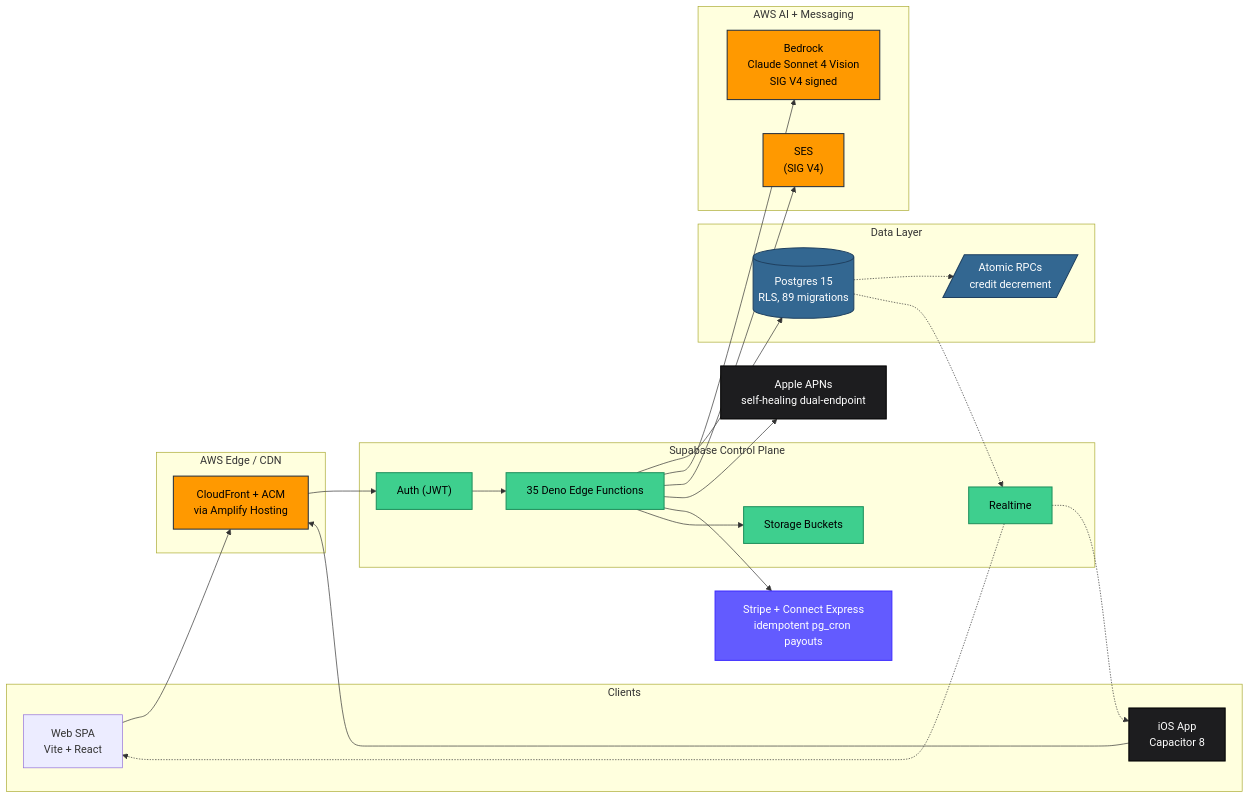
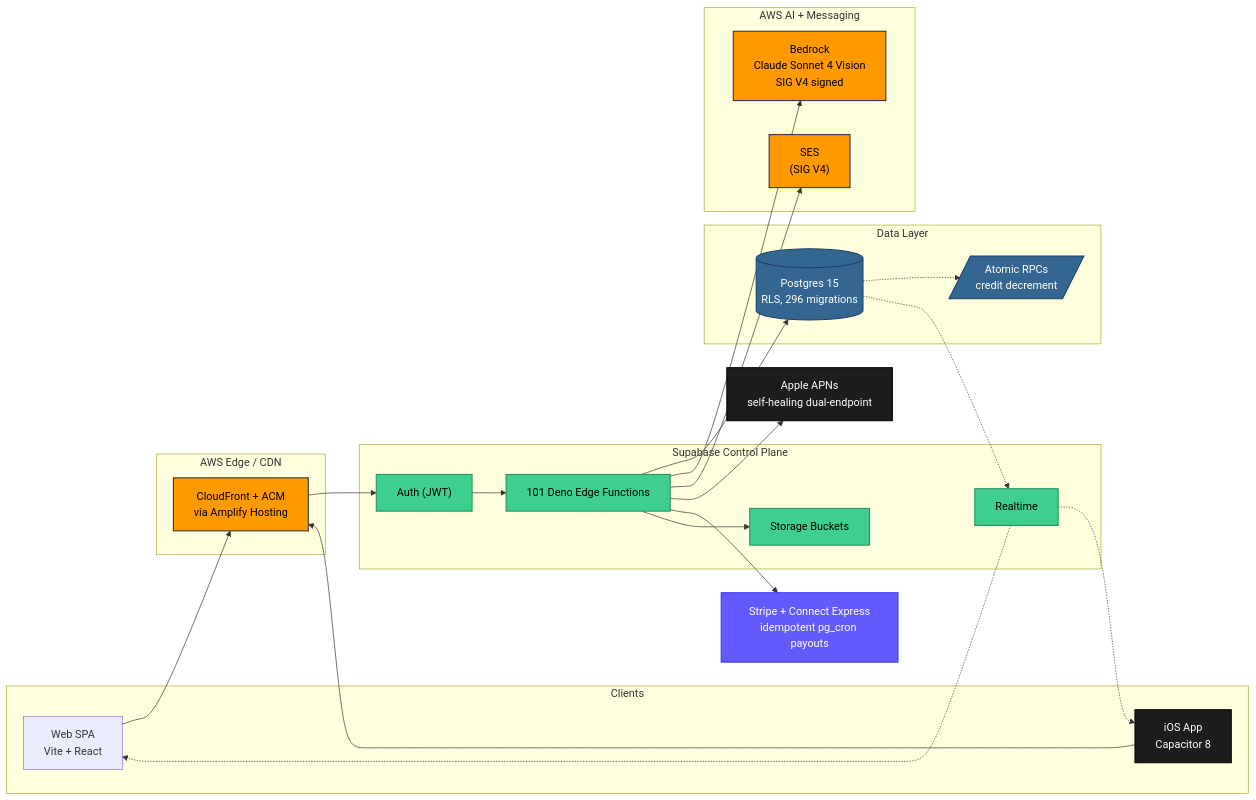
Before and after one commit to jashabalcom/swing-institute-architecture: the first of 2 diagrams in README.md, drawn with Mermaid. The commit also changed other lines of this file and 3 other files, not shown here.

````diff
--- a/README.md
+++ b/README.md
@@ -74,58 +63,58 @@
 ```mermaid
 flowchart LR
     subgraph CLIENTS["Clients"]
         web["Web SPA<br/>Vite + React"]
         ios["iOS App<br/>Capacitor 8"]
     end
 
     subgraph AWS_EDGE["AWS Edge / CDN"]
         cf["CloudFront + ACM<br/>via Amplify Hosting"]
     end
 
     subgraph SUPABASE["Supabase Control Plane"]
         auth["Auth (JWT)"]
-        fns["35 Deno Edge Functions"]
+        fns["101 Deno Edge Functions"]
         storage["Storage Buckets"]
         rt["Realtime"]
     end
 
     subgraph DATA["Data Layer"]
-        pg[("Postgres 15<br/>RLS, 89 migrations")]
+        pg[("Postgres 15<br/>RLS, 296 migrations")]
         rpc[/"Atomic RPCs<br/>credit decrement"/]
     end
 
     subgraph AWS_AI["AWS AI + Messaging"]
         bedrock["Bedrock<br/>Claude Sonnet 4 Vision<br/>SIG V4 signed"]
         ses["SES<br/>(SIG V4)"]
     end
 
     apns["Apple APNs<br/>self-healing dual-endpoint"]
     stripe["Stripe + Connect Express<br/>idempotent pg_cron payouts"]
 
     web --> cf
     ios --> cf
     cf --> auth
     auth --> fns
     fns --> pg
     pg -.-> rpc
     fns --> bedrock
     fns --> ses
     fns --> apns
     fns --> stripe
     fns --> storage
     pg -.-> rt
     rt -.-> web
     rt -.-> ios
 
     classDef aws fill:#FF9900,stroke:#232F3E,color:#000,stroke-width:1.5px
     classDef supabase fill:#3ECF8E,stroke:#1F8F5C,color:#000,stroke-width:1.5px
     classDef stripe_n fill:#635BFF,stroke:#3D2BFF,color:#fff,stroke-width:1.5px
     classDef apple fill:#1d1d1f,stroke:#000,color:#fff,stroke-width:1.5px
     classDef pg fill:#336791,stroke:#1F4060,color:#fff,stroke-width:1.5px
 
     class cf,bedrock,ses aws
     class auth,fns,storage,rt supabase
     class stripe stripe_n
     class apns,ios apple
     class pg,rpc pg
 ```
````
